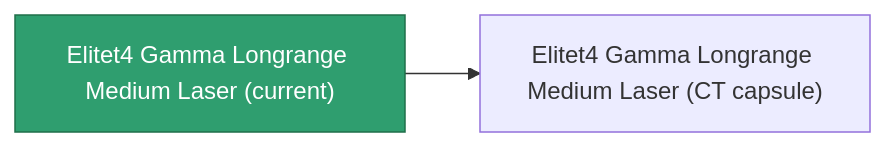
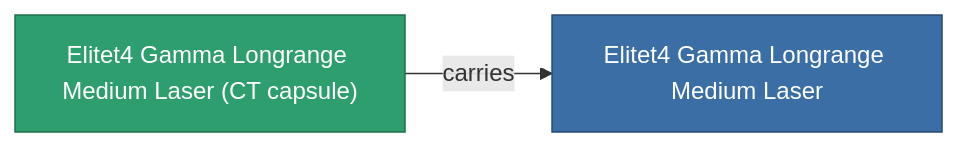
One commit to OpenPerpetuum/Wiki changed the diagram in content/content/items/elitet4_gamma_longrange_medium_laser.md. Above: the diagram before and after it, drawn with Mermaid. The commit also changed other lines of this file and 2015 other files, not shown here.

````diff
--- a/content/content/items/elitet4_gamma_longrange_medium_laser.md
+++ b/content/content/items/elitet4_gamma_longrange_medium_laser.md
@@ -39,8 +39,9 @@
 ```mermaid
 graph LR
-    a["Elitet4 Gamma Longrange Medium Laser (current)"]:::current
-    b["Elitet4 Gamma Longrange Medium Laser (CT capsule)"]
-    a --> b
-    click b "/content/items/elitet4-gamma-longrange-medium-laser-ct-capsule/" "Elitet4 Gamma Longrange Medium Laser (CT capsule)"
+    a["Elitet4 Gamma Longrange Medium Laser (CT capsule)"]:::current
+    b["Elitet4 Gamma Longrange Medium Laser"]:::finished
+    a -->|carries| b
+                click b "/content/items/elitet4-gamma-longrange-medium-laser/" "Elitet4 Gamma Longrange Medium Laser"
     classDef current fill:#2f9e6f,stroke:#1f6f4a,color:#ffffff
+    classDef finished fill:#3b6ea5,stroke:#274a75,color:#ffffff
 ```
````
